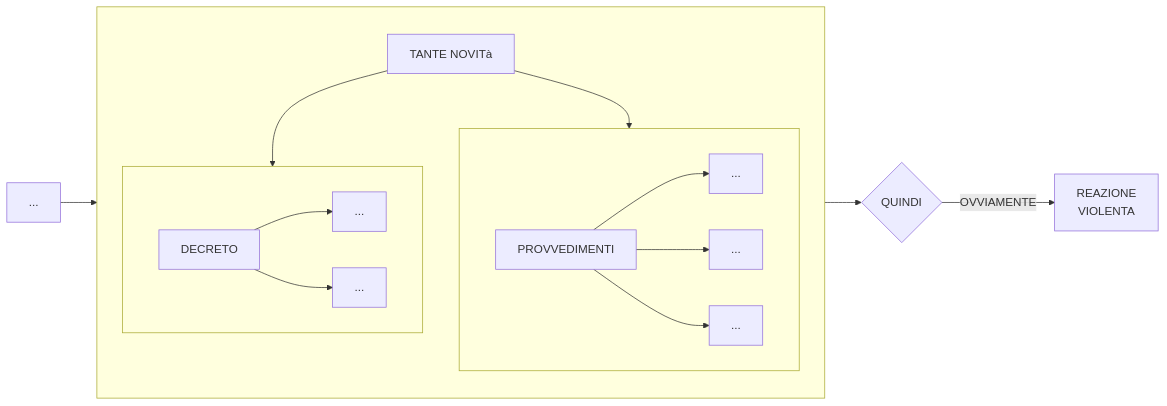
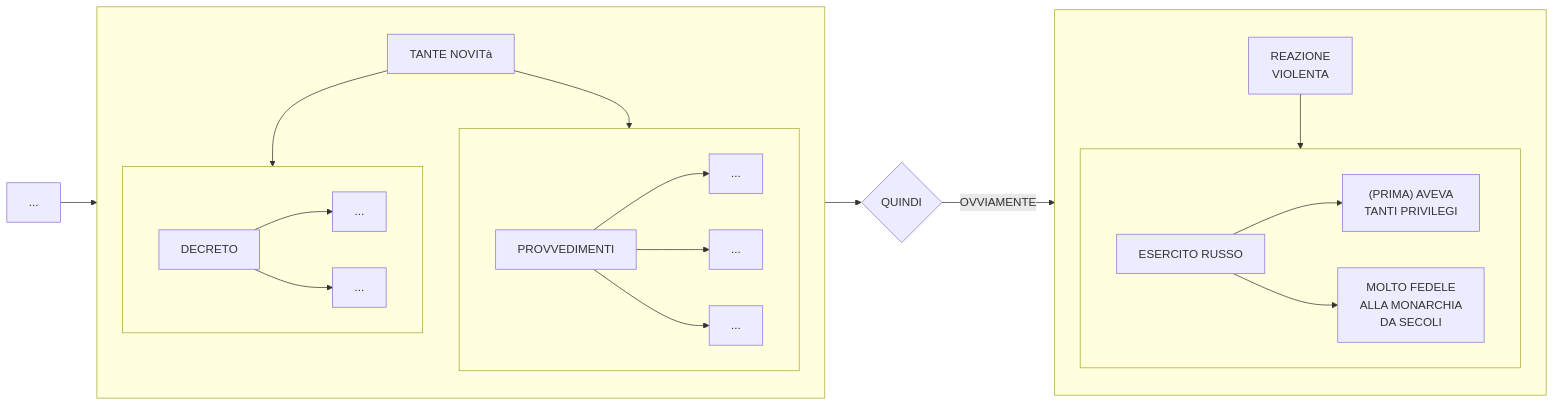
The fifth of 5 diagrams in stalinismo.md (Laaouatni/ricerca-storia-MermaidJS), drawn with Mermaid before and after one commit.

````diff
--- a/stalinismo.md
+++ b/stalinismo.md
@@ -191,25 +191,34 @@
 ```mermaid
 flowchart LR
     03[...]
     subgraph 0[" "]
         01[TANTE NOVITà]
         subgraph 010[" "]
             0100[PROVVEDIMENTI]
             01000[...]
             01001[...]
             01002[...]
             0100 --> 01000 & 01001 & 01002
         end
         subgraph 011[" "]
             0110[DECRETO]
             01100[...]
             01101[...]
             0110 --> 01100 & 01101
         end
         01 --> 010 & 011
     end
     02{QUINDI}
     03 --> 0 --> 02
-    020[REAZIONE <br> VIOLENTA]
+    subgraph 020[" "]
+        0200[REAZIONE <br> VIOLENTA]
+        subgraph 021[" "]
+            0210[ESERCITO RUSSO]
+            02100["(PRIMA) AVEVA <BR> TANTI PRIVILEGI"]
+            02101[MOLTO FEDELE <BR> ALLA MONARCHIA <BR> DA SECOLI]
+            0210 --> 02100 & 02101
+        end
+        0200 --> 021
+    end
     02 -->|OVVIAMENTE| 020
 ```
````
